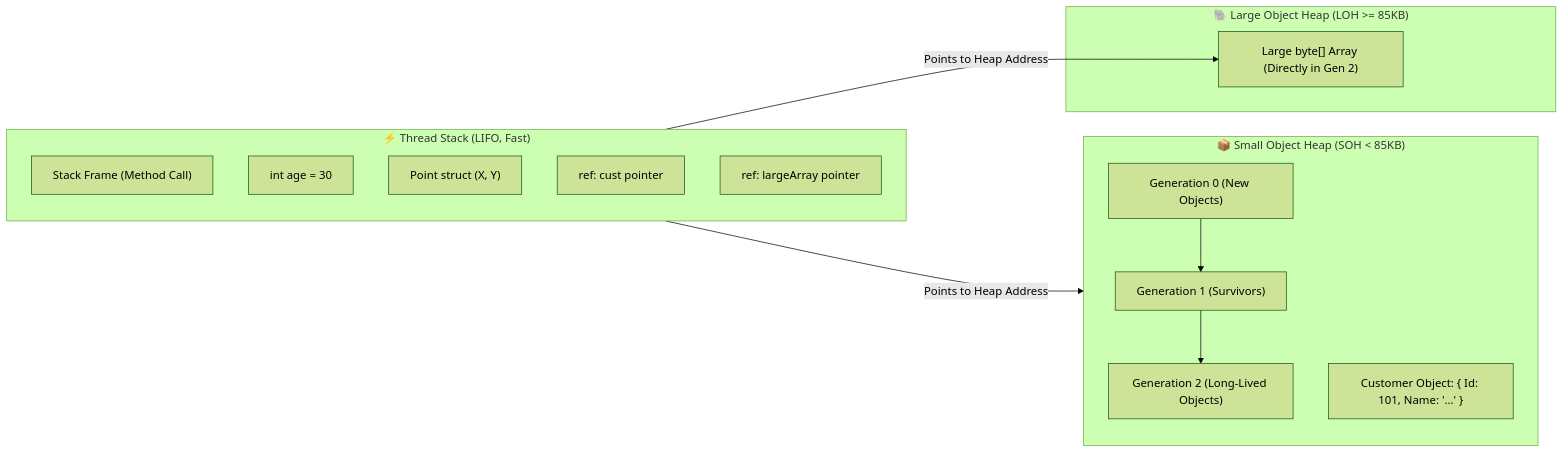
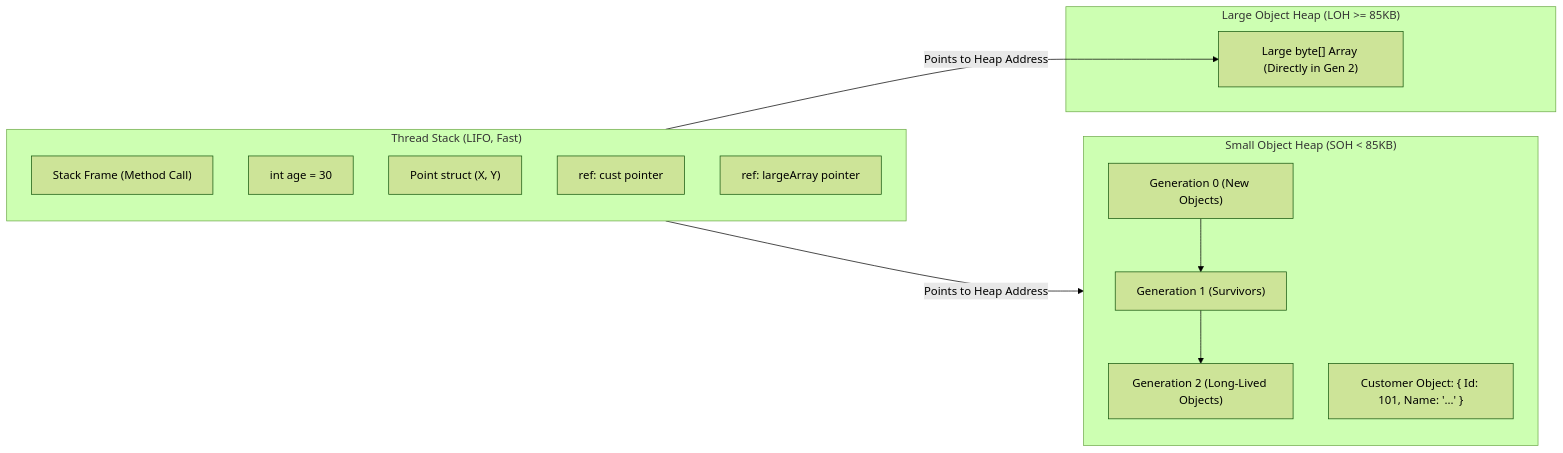
The first of 2 diagrams in docs/memory_management.md (Limon-s-Interview-Prep-Zone/c-sharp-prep), drawn with Mermaid (forest theme) before and after one commit. The commit also changed other lines of this file and 9 other files, not shown here.

````diff
--- a/docs/memory_management.md
+++ b/docs/memory_management.md
@@ -226,27 +225,27 @@
 ```mermaid
 flowchart LR
-    subgraph Stack_Memory ["⚡ Thread Stack (LIFO, Fast)"]
+    subgraph Stack_Memory ["Thread Stack (LIFO, Fast)"]
         direction TB
         SF["Stack Frame (Method Call)"]
         V1["int age = 30"]
         V2["Point struct (X, Y)"]
         PTR1["ref: cust pointer"]
         PTR2["ref: largeArray pointer"]
     end
 
-    subgraph SOH_Memory ["📦 Small Object Heap (SOH &lt; 85KB)"]
+    subgraph SOH_Memory ["Small Object Heap (SOH < 85KB)"]
         direction TB
         G0["Generation 0 (New Objects)"]
         G1["Generation 1 (Survivors)"]
         G2["Generation 2 (Long-Lived Objects)"]
         CUST["Customer Object: { Id: 101, Name: '...' }"]
         G0 --> G1 --> G2
     end
 
-    subgraph LOH_Memory ["🐘 Large Object Heap (LOH &gt;= 85KB)"]
+    subgraph LOH_Memory ["Large Object Heap (LOH >= 85KB)"]
         LARGE["Large byte[] Array (Directly in Gen 2)"]
     end
 
     PTR1 -->|Points to Heap Address| CUST
     PTR2 -->|Points to Heap Address| LARGE
 ```
````
